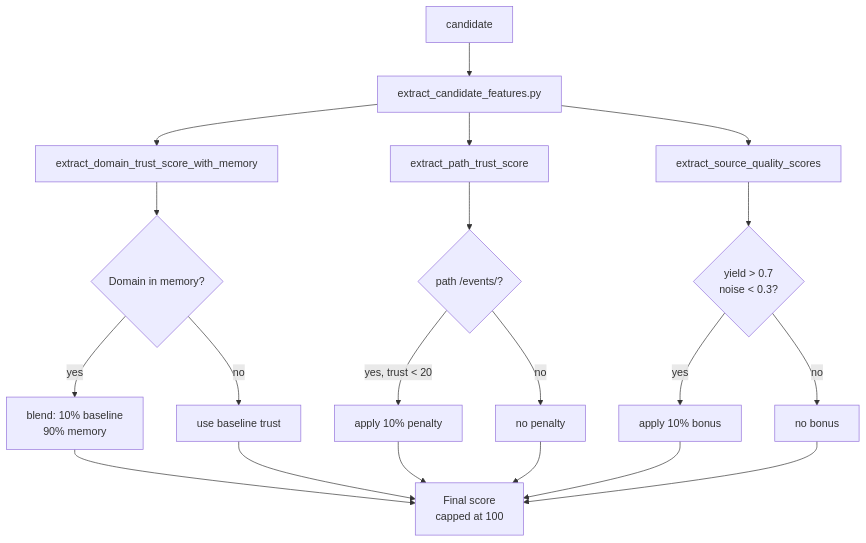
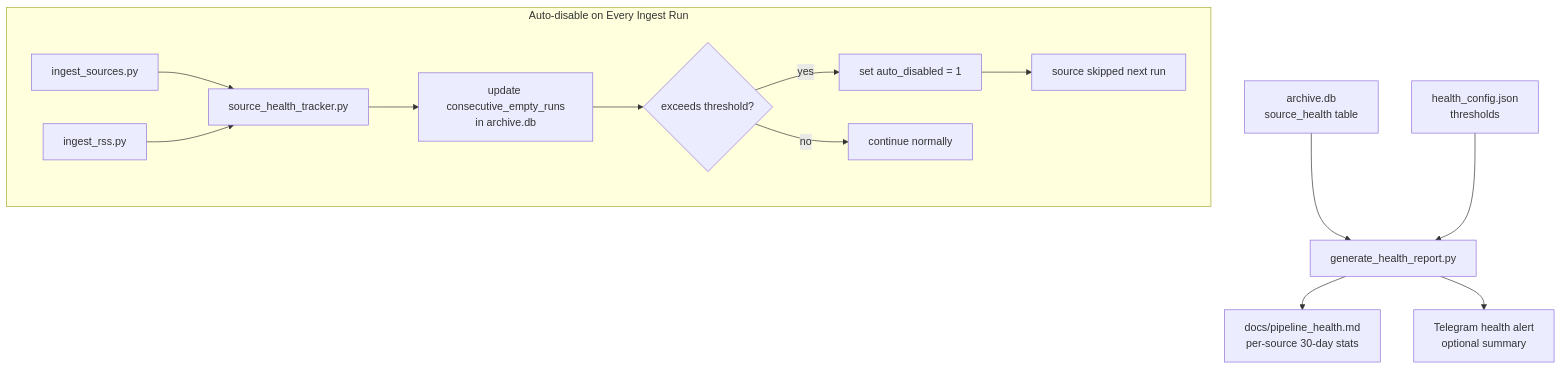
One commit to RishiJain905/Finance-Research-Archive changed the eighth of 16 diagrams in README.md. Above: the diagram before and after it, drawn with Mermaid. The commit also changed other lines of this file, not shown here.

First line of the commit message:
docs: update README for all 10 V3 phases complete with new mermaid diagrams

````diff
--- a/README.md
+++ b/README.md
@@ -436,21 +405,18 @@
 ```mermaid
 flowchart TD
-    A[candidate] --> B[extract_candidate_features.py]
-    
-    B --> C[extract_domain_trust_score_with_memory]
-    C --> D{Domain in memory?}
-    D -->|yes| E[blend: 10% baseline<br/>90% memory]
-    D -->|no| F[use baseline trust]
-    
-    B --> G[extract_path_trust_score]
-    G --> H{path /events/?}
-    H -->|yes, trust < 20| I[apply 10% penalty]
-    H -->|no| J[no penalty]
-    
-    B --> K[extract_source_quality_scores]
-    K --> L{yield > 0.7<br/>noise < 0.3?}
-    L -->|yes| M[apply 10% bonus]
-    L -->|no| N[no bonus]
-    
-    E & F & I & J & M & N --> O[Final score<br/>capped at 100]
+    DB[archive.db<br/>source_health table] --> GHR[generate_health_report.py]
+    HC[health_config.json<br/>thresholds] --> GHR
+
+    GHR --> RPT[docs/pipeline_health.md<br/>per-source 30-day stats]
+    GHR --> TGA[Telegram health alert<br/>optional summary]
+
+    subgraph AutoDisable [Auto-disable on Every Ingest Run]
+        IS[ingest_sources.py] --> SHT[source_health_tracker.py]
+        RSS[ingest_rss.py] --> SHT
+        SHT --> DB2[update consecutive_empty_runs<br/>in archive.db]
+        DB2 --> CHK{exceeds threshold?}
+        CHK -->|yes| DIS[set auto_disabled = 1]
+        CHK -->|no| OK[continue normally]
+        DIS --> SKIP2[source skipped next run]
+    end
 ```
````
